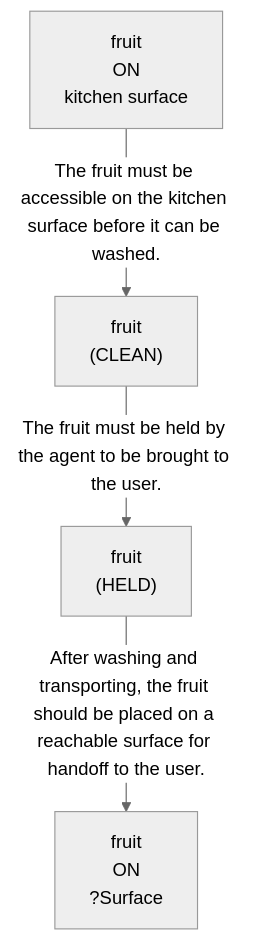
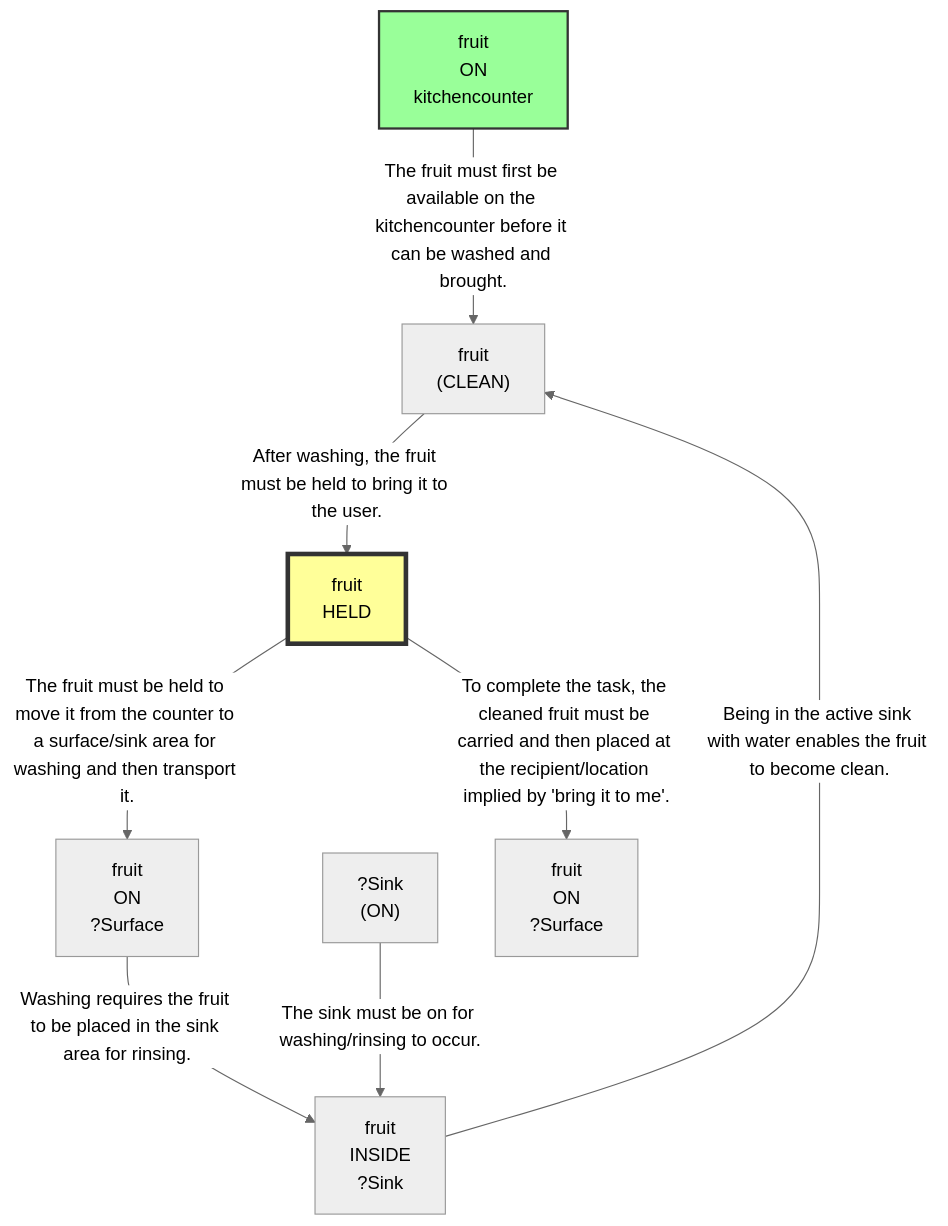
Before and after one commit to scuama/virtualhome: the first of 4 diagrams in evaluation/results/table1/robostate/instruction_type/vague/G1_02/run_T1_INST_G1_02_vague.md, drawn with Mermaid (neutral theme). The commit also changed other lines of this file and 133 other files, not shown here.

````diff
--- a/evaluation/results/table1/robostate/instruction_type/vague/G1_02/run_T1_INST_G1_02_vague.md
+++ b/evaluation/results/table1/robostate/instruction_type/vague/G1_02/run_T1_INST_G1_02_vague.md
@@ -72,10 +109,19 @@
 ```mermaid
 graph TD
-    N1["fruit<br>ON<br>kitchen surface"]
+    N1["fruit<br>ON<br>kitchencounter"]
+    style N1 fill:#9f9,stroke:#333,stroke-width:2px
     N2["fruit<br>(CLEAN)"]
-    N3["fruit<br>(HELD)"]
-    N4["fruit<br>ON<br>?Surface"]
-    N1 -->|"The fruit must be accessible on the kitchen surface before it can be washed."| N2
-    N2 -->|"The fruit must be held by the agent to be brought to the user."| N3
-    N3 -->|"After washing and transporting, the fruit should be placed on a reachable surface for handoff to the user."| N4
+    N3["fruit<br>ON<br>?Surface"]
+    N4["fruit<br>INSIDE<br>?Sink"]
+    N5["?Sink<br>(ON)"]
+    N6["fruit<br>HELD<br>"]
+    style N6 fill:#ff9,stroke:#333,stroke-width:4px
+    N7["fruit<br>ON<br>?Surface"]
+    N1 -->|"The fruit must first be available on the kitchencounter before it can be washed and brought."| N2
+    N6 -->|"The fruit must be held to move it from the counter to a surface/sink area for washing and then transport it."| N3
+    N3 -->|"Washing requires the fruit to be placed in the sink area for rinsing."| N4
+    N5 -->|"The sink must be on for washing/rinsing to occur."| N4
+    N4 -->|"Being in the active sink with water enables the fruit to become clean."| N2
+    N2 -->|"After washing, the fruit must be held to bring it to the user."| N6
+    N6 -->|"To complete the task, the cleaned fruit must be carried and then placed at the recipient/location implied by 'bring it to me'."| N7
 ```
````
